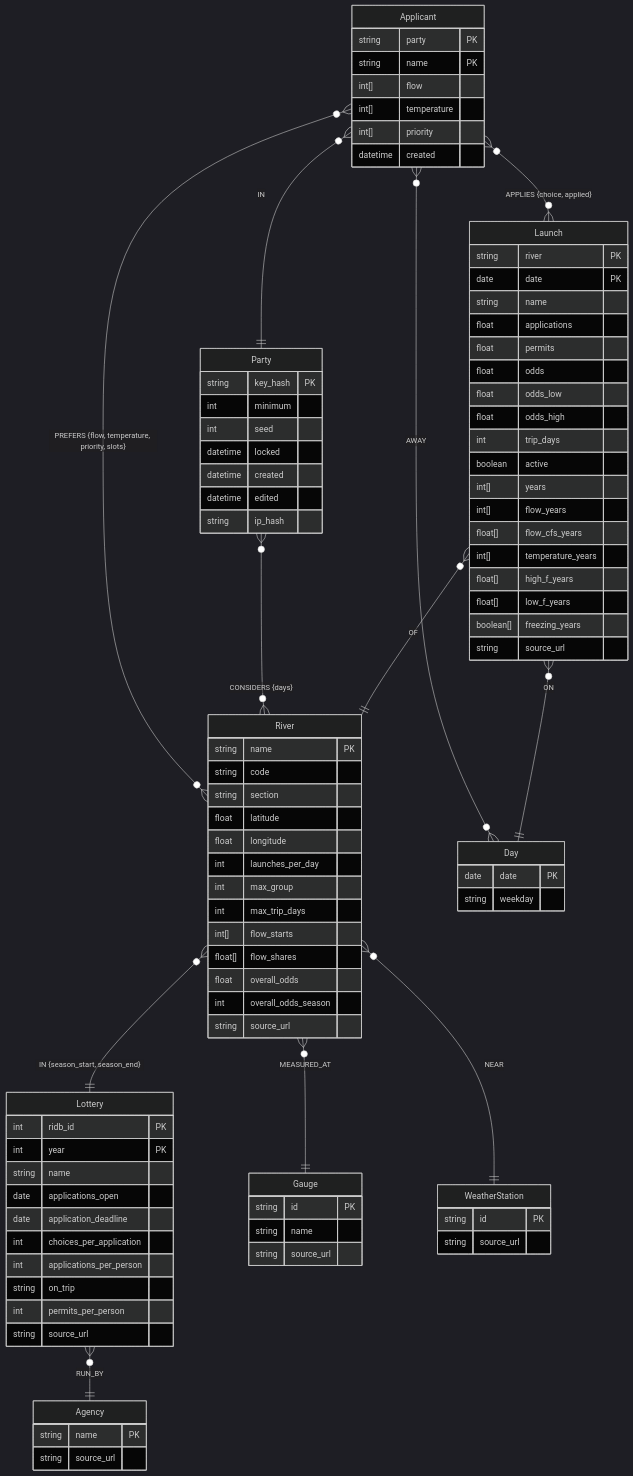
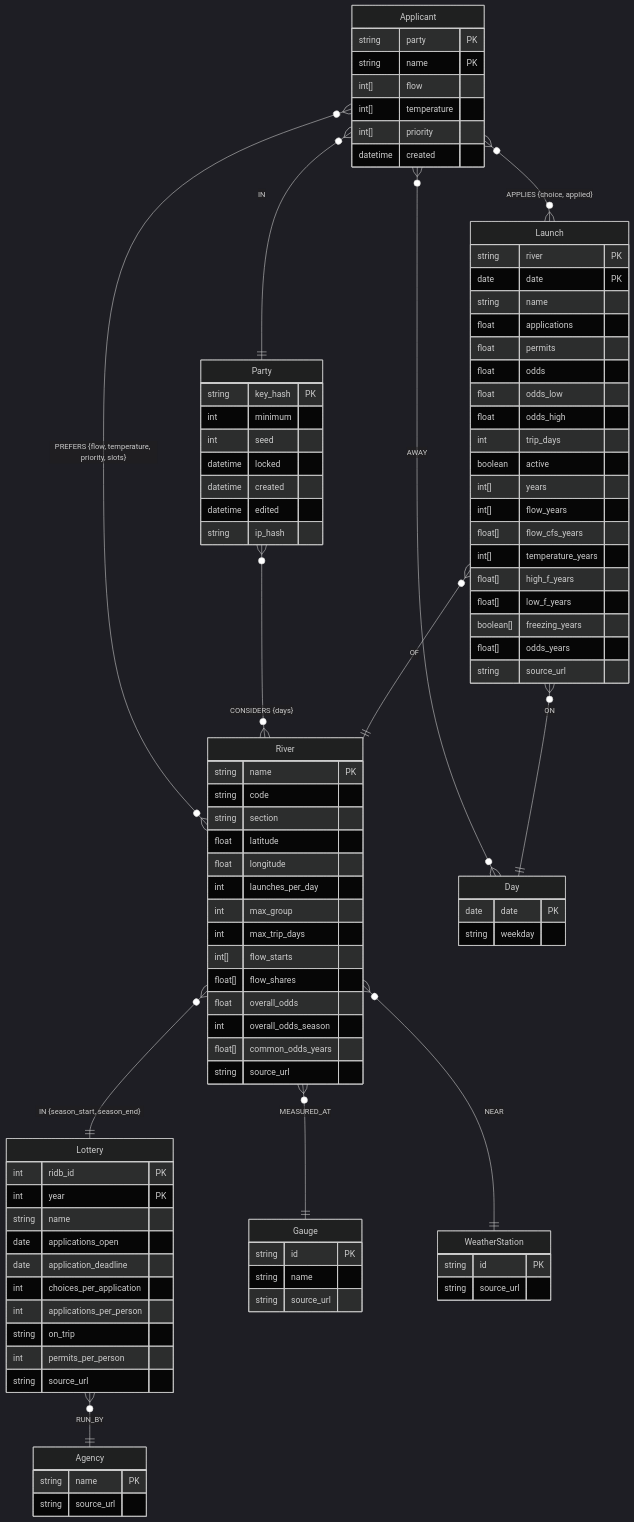
Before and after one commit to gen-omix/max-float: the diagram in src/max_float/graph/README.md, drawn with Mermaid (dark theme). The commit also changed other lines of this file and 8 other files, not shown here.

```diff
--- a/src/max_float/graph/README.md
+++ b/src/max_float/graph/README.md
@@ -41,6 +41,7 @@
     float[] flow_shares
     float overall_odds
     int overall_odds_season
+    float[] common_odds_years
     string source_url
   }
   Agency {
@@ -78,6 +79,7 @@
     float[] high_f_years
     float[] low_f_years
     boolean[] freezing_years
+    float[] odds_years
     string source_url
   }
   Party {
```
